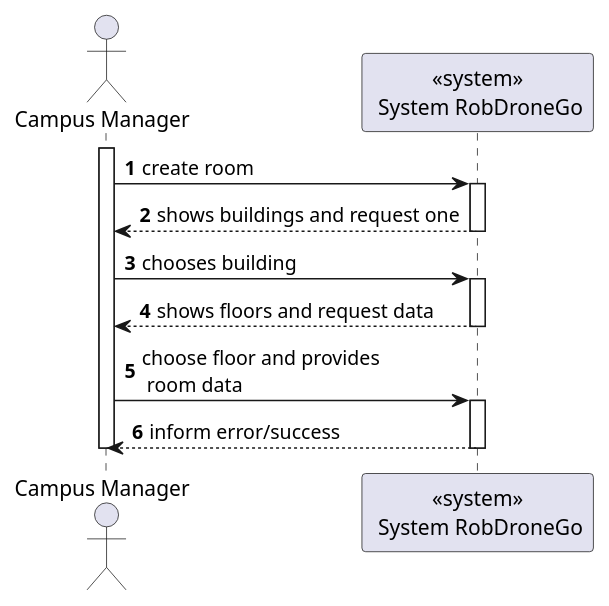
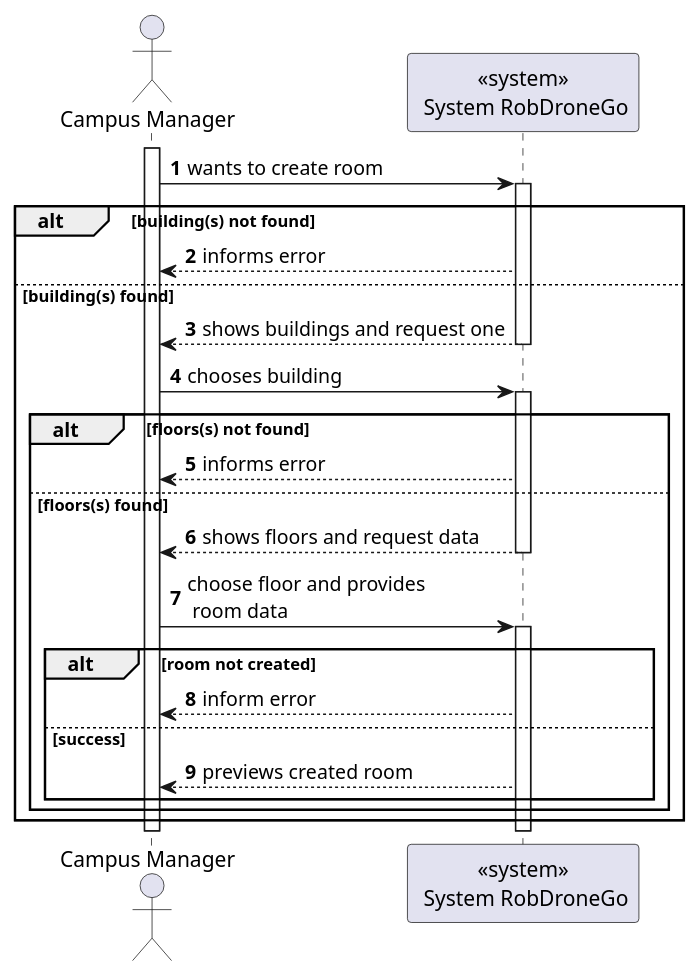
The diagram in docs/us1210/level1/process-view.puml (Departamento-de-Engenharia-Informatica/lapr5-23-24-g19), drawn with PlantUML before and after one commit. The commit also changed 3 other files, not shown here.

```diff
--- a/docs/us1210/level1/process-view.puml
+++ b/docs/us1210/level1/process-view.puml
@@ -1,26 +1,38 @@
 @startuml
 autonumber
 
 actor "Campus Manager" as usr
 
 participant "<<system>>\n System RobDroneGo" as sys
 
 activate usr
-    usr -> sys : create room
+    usr -> sys : wants to create room
     activate sys
-        sys --> usr : shows buildings and request one
+        alt building(s) not found
+            sys --> usr: informs error
+        else building(s) found
+            sys --> usr : shows buildings and request one
     deactivate sys
 
     usr -> sys : chooses building
     activate sys
-        sys --> usr: shows floors and request data
-
+        alt floors(s) not found
+            sys --> usr: informs error
+        else floors(s) found
+            sys --> usr: shows floors and request data
     deactivate sys
 
     usr -> sys : choose floor and provides\n room data
     activate sys
-    sys --> usr : inform error/success
+        alt room not created
+            sys --> usr : inform error
+        else success
+            sys --> usr : previews created room
+
+            end
+        end
+    end
     deactivate sys
 deactivate usr
 
 @enduml
```
